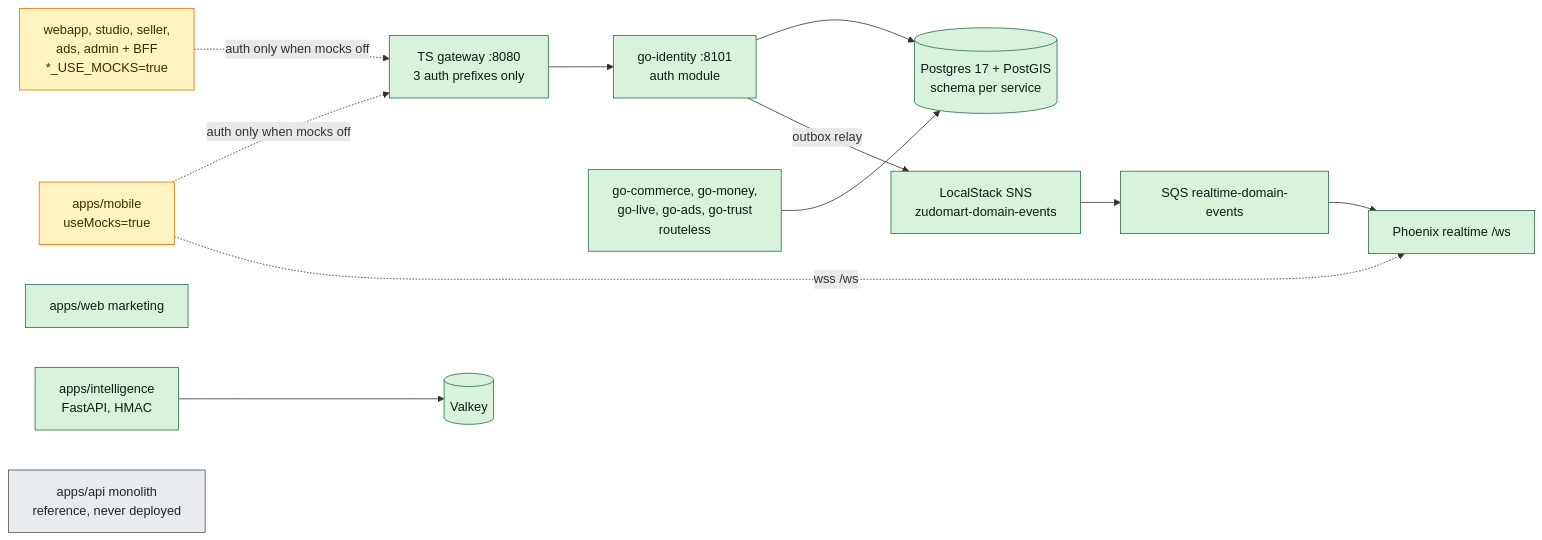
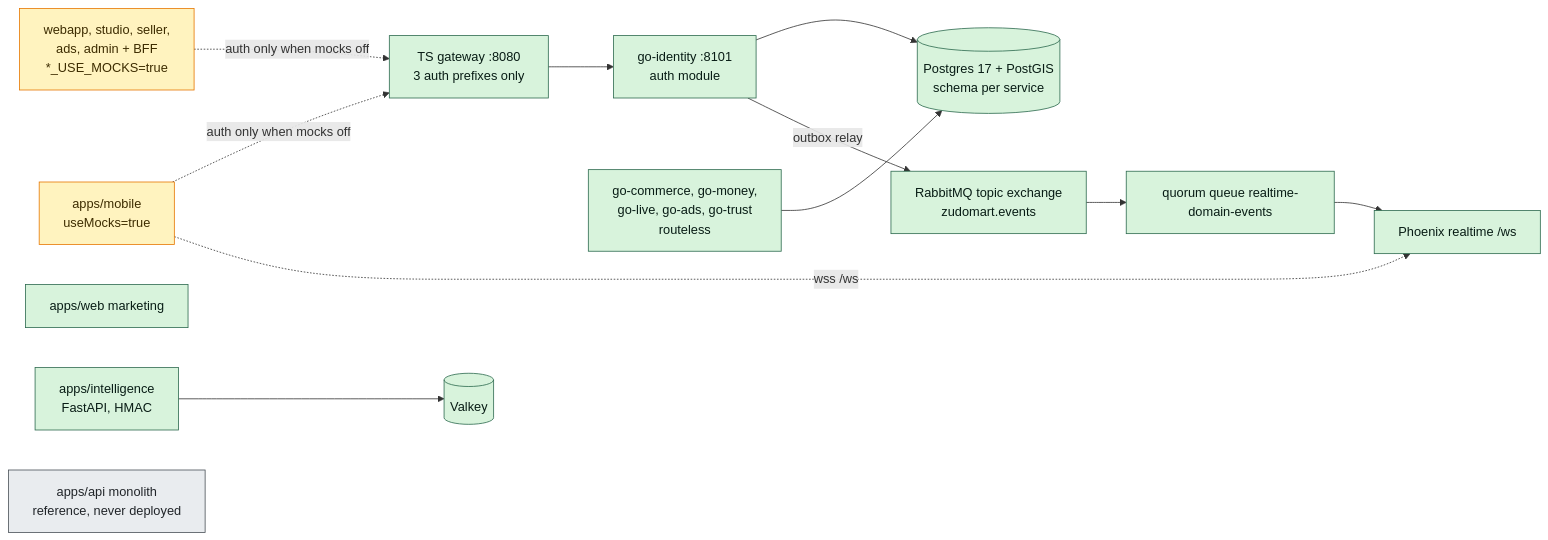
The first of 4 diagrams in docs/architecture/system.md (telente-technologies/nantty), drawn with Mermaid before and after one commit. The commit also changed other lines of this file and 2 other files, not shown here.

Commit message:
docs(architecture): backend devops and system docs [skip build]

````diff
--- a/docs/architecture/system.md
+++ b/docs/architecture/system.md
@@ -9,30 +9,30 @@
 ```mermaid
 flowchart LR
   classDef existing fill:#d8f3dc,stroke:#2d6a4f,color:#081c15
   classDef mock fill:#fff3bf,stroke:#e67700,color:#3d2c00
   classDef ref fill:#e9ecef,stroke:#495057,color:#212529
 
   mobile["apps/mobile<br/>useMocks=true"]:::mock
   nextApps["webapp, studio, seller,<br/>ads, admin + BFF<br/>*_USE_MOCKS=true"]:::mock
   web["apps/web marketing"]:::existing
   gateway["TS gateway :8080<br/>3 auth prefixes only"]:::existing
   identity["go-identity :8101<br/>auth module"]:::existing
   otherGo["go-commerce, go-money,<br/>go-live, go-ads, go-trust<br/>routeless"]:::existing
   realtime["Phoenix realtime /ws"]:::existing
   intel["apps/intelligence<br/>FastAPI, HMAC"]:::existing
   pg[("Postgres 17 + PostGIS<br/>schema per service")]:::existing
   valkey[("Valkey")]:::existing
-  sns["LocalStack SNS<br/>zudomart-domain-events"]:::existing
-  sqsRt["SQS realtime-domain-events"]:::existing
+  bus["RabbitMQ topic exchange<br/>zudomart.events"]:::existing
+  qRealtime["quorum queue realtime-domain-events"]:::existing
   legacy["apps/api monolith<br/>reference, never deployed"]:::ref
 
   nextApps -. "auth only when mocks off" .-> gateway
   mobile -. "auth only when mocks off" .-> gateway
   gateway --> identity
   identity --> pg
-  identity -- "outbox relay" --> sns
-  sns --> sqsRt --> realtime
+  identity -- "outbox relay" --> bus
+  bus --> qRealtime --> realtime
   mobile -. "wss /ws" .-> realtime
   intel --> valkey
   otherGo --> pg
 ```
````
